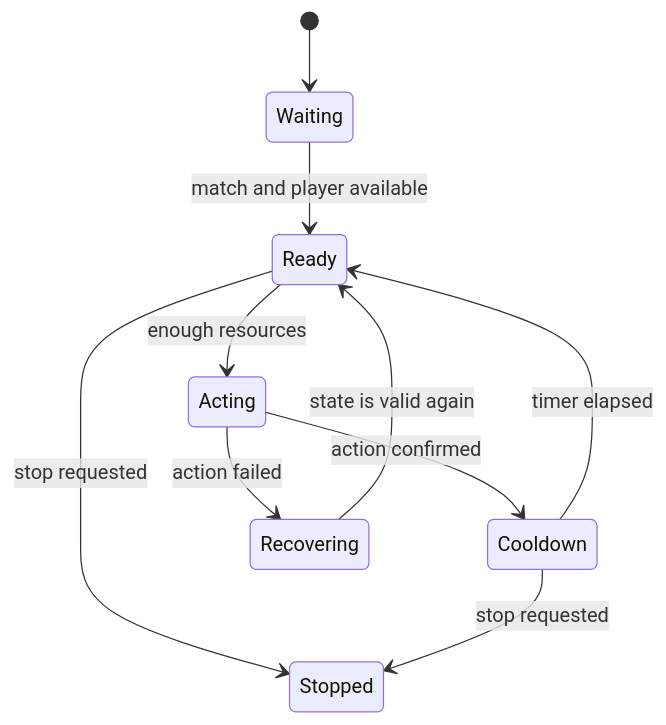
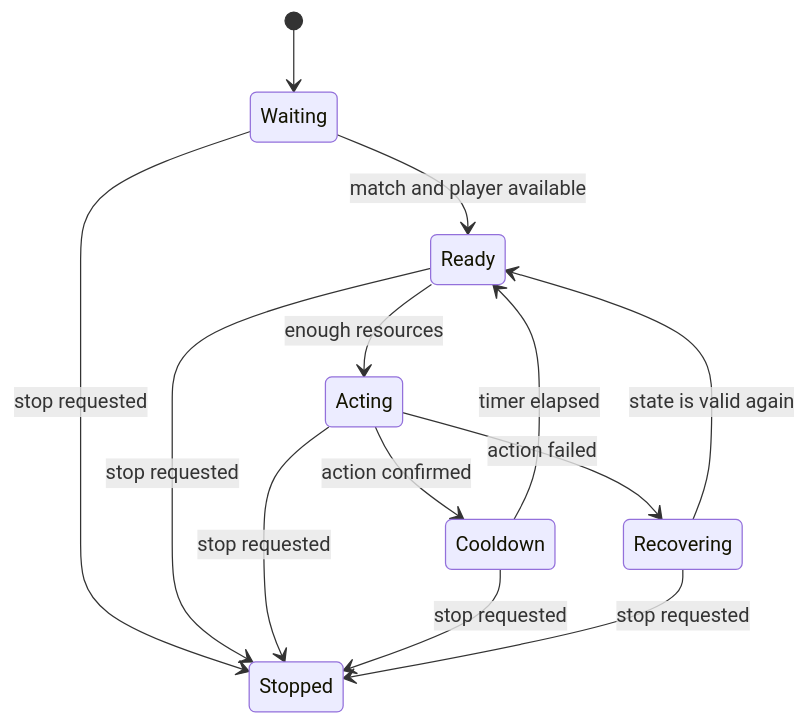
The diagram in site/src/content/docs/pages/4/04.mdx (MustCodeAl/rust-game-hacking-book), drawn with Mermaid before and after one commit. The commit also changed other lines of this file and 96 other files, not shown here.

````diff
--- a/site/src/content/docs/pages/4/04.mdx
+++ b/site/src/content/docs/pages/4/04.mdx
@@ -18,12 +18,15 @@
 ```mermaid
 stateDiagram-v2
     [*] --> Waiting
     Waiting --> Ready: match and player available
     Ready --> Acting: enough resources
     Acting --> Cooldown: action confirmed
     Acting --> Recovering: action failed
     Cooldown --> Ready: timer elapsed
     Recovering --> Ready: state is valid again
+    Waiting --> Stopped: stop requested
     Ready --> Stopped: stop requested
+    Acting --> Stopped: stop requested
     Cooldown --> Stopped: stop requested
+    Recovering --> Stopped: stop requested
 ```
````
